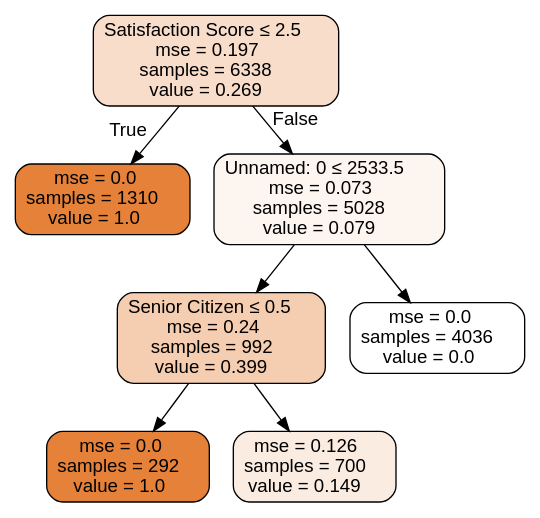
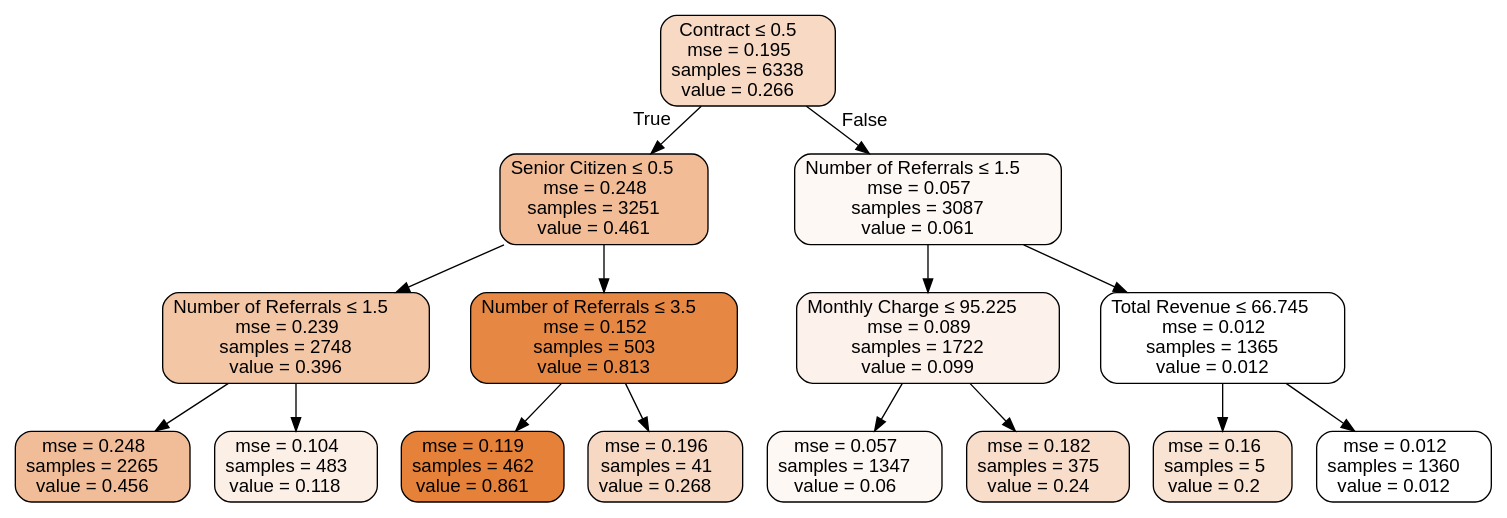
One commit to lucienwalewski/cse204project changed the diagram in src/Source.gv. Above: the diagram before and after it, drawn with Graphviz. The commit also changed 4 other files, not shown here.

Commit message:
Fixed more stuff -> Removed satisfaction score. Linear Regression gives baseline of 30%.

```diff
--- a/src/Source.gv
+++ b/src/Source.gv
@@ -1,17 +1,33 @@
 digraph Tree {
 node [shape=box, style="filled, rounded", color="black", fontname=helvetica] ;
 edge [fontname=helvetica] ;
-0 [label=<Satisfaction Score &le; 2.5<br/>mse = 0.197<br/>samples = 6338<br/>value = 0.269>, fillcolor="#f8ddca"] ;
-1 [label=<mse = 0.0<br/>samples = 1310<br/>value = 1.0>, fillcolor="#e58139"] ;
+0 [label=<Contract &le; 0.5<br/>mse = 0.195<br/>samples = 6338<br/>value = 0.266>, fillcolor="#f7d9c4"] ;
+1 [label=<Senior Citizen &le; 0.5<br/>mse = 0.248<br/>samples = 3251<br/>value = 0.461>, fillcolor="#f1bc96"] ;
 0 -> 1 [labeldistance=2.5, labelangle=45, headlabel="True"] ;
-2 [label=<Unnamed: 0 &le; 2533.5<br/>mse = 0.073<br/>samples = 5028<br/>value = 0.079>, fillcolor="#fdf5ef"] ;
-0 -> 2 [labeldistance=2.5, labelangle=-45, headlabel="False"] ;
-3 [label=<Senior Citizen &le; 0.5<br/>mse = 0.24<br/>samples = 992<br/>value = 0.399>, fillcolor="#f5cdb0"] ;
+2 [label=<Number of Referrals &le; 1.5<br/>mse = 0.239<br/>samples = 2748<br/>value = 0.396>, fillcolor="#f3c6a5"] ;
+1 -> 2 ;
+3 [label=<mse = 0.248<br/>samples = 2265<br/>value = 0.456>, fillcolor="#f1bd98"] ;
 2 -> 3 ;
-4 [label=<mse = 0.0<br/>samples = 292<br/>value = 1.0>, fillcolor="#e58139"] ;
-3 -> 4 ;
-5 [label=<mse = 0.126<br/>samples = 700<br/>value = 0.149>, fillcolor="#fbece2"] ;
-3 -> 5 ;
-6 [label=<mse = 0.0<br/>samples = 4036<br/>value = 0.0>, fillcolor="#ffffff"] ;
-2 -> 6 ;
+4 [label=<mse = 0.104<br/>samples = 483<br/>value = 0.118>, fillcolor="#fcefe6"] ;
+2 -> 4 ;
+5 [label=<Number of Referrals &le; 3.5<br/>mse = 0.152<br/>samples = 503<br/>value = 0.813>, fillcolor="#e68844"] ;
+1 -> 5 ;
+6 [label=<mse = 0.119<br/>samples = 462<br/>value = 0.861>, fillcolor="#e58139"] ;
+5 -> 6 ;
+7 [label=<mse = 0.196<br/>samples = 41<br/>value = 0.268>, fillcolor="#f7d9c3"] ;
+5 -> 7 ;
+8 [label=<Number of Referrals &le; 1.5<br/>mse = 0.057<br/>samples = 3087<br/>value = 0.061>, fillcolor="#fdf8f4"] ;
+0 -> 8 [labeldistance=2.5, labelangle=-45, headlabel="False"] ;
+9 [label=<Monthly Charge &le; 95.225<br/>mse = 0.089<br/>samples = 1722<br/>value = 0.099>, fillcolor="#fcf2eb"] ;
+8 -> 9 ;
+10 [label=<mse = 0.057<br/>samples = 1347<br/>value = 0.06>, fillcolor="#fef8f4"] ;
+9 -> 10 ;
+11 [label=<mse = 0.182<br/>samples = 375<br/>value = 0.24>, fillcolor="#f8ddca"] ;
+9 -> 11 ;
+12 [label=<Total Revenue &le; 66.745<br/>mse = 0.012<br/>samples = 1365<br/>value = 0.012>, fillcolor="#ffffff"] ;
+8 -> 12 ;
+13 [label=<mse = 0.16<br/>samples = 5<br/>value = 0.2>, fillcolor="#f9e3d3"] ;
+12 -> 13 ;
+14 [label=<mse = 0.012<br/>samples = 1360<br/>value = 0.012>, fillcolor="#ffffff"] ;
+12 -> 14 ;
 }
```
